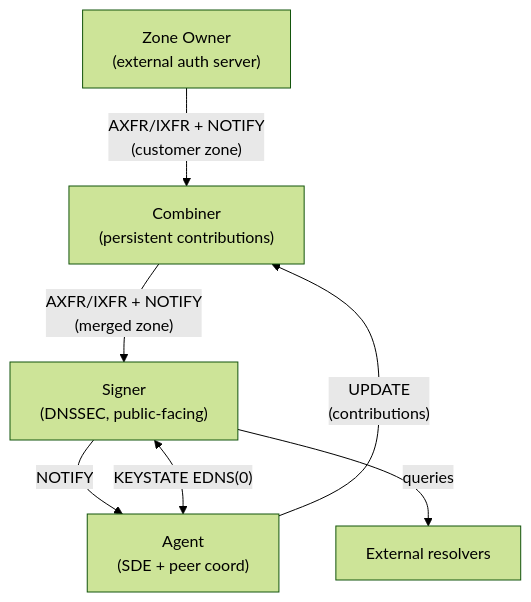
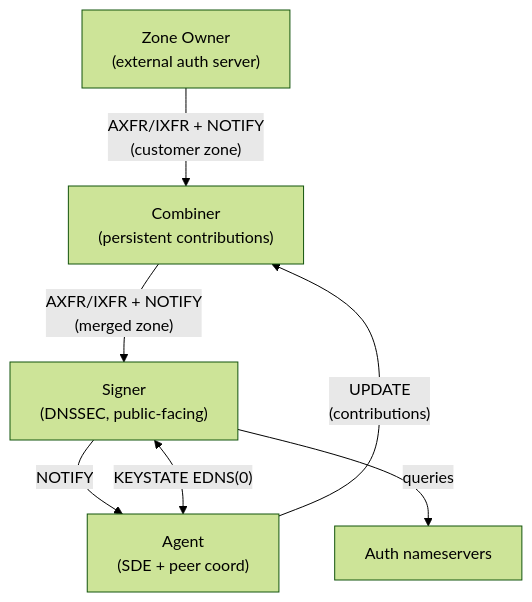
The first of 2 diagrams in guide/multi-provider-architecture.md (johanix/tdns-mp), drawn with Mermaid (forest theme) before and after one commit. The commit also changed 1 other file, not shown here.

Commit message:
guide: tweaks per review
- architecture diagram: "External resolvers" -> "Auth nameservers"
- mp-change-tracking-semantics: correct the DNSKEY-SYNC scenario
  (signer.alpha -> agent.alpha -> agent.echo) and reframe the
  non-forwarding reason: it is not about DNSKEY specifically,
  it is that a non-signer in a signed zone cannot make any
  edit at all (no way to produce valid RRSIGs). Same fix for
  the NS-SYNC sibling section.

````diff
--- a/guide/multi-provider-architecture.md
+++ b/guide/multi-provider-architecture.md
@@ -111,15 +111,15 @@
 ```mermaid
 flowchart TD
     ZO["Zone Owner<br/>(external auth server)"]
     CO["Combiner<br/>(persistent contributions)"]
     SI["Signer<br/>(DNSSEC, public-facing)"]
     AG["Agent<br/>(SDE + peer coord)"]
-    R["External resolvers"]
+    R["Auth nameservers"]
 
     ZO -- "AXFR/IXFR + NOTIFY<br/>(customer zone)" --> CO
     CO -- "AXFR/IXFR + NOTIFY<br/>(merged zone)" --> SI
     SI -- "NOTIFY" --> AG
     SI -- "queries" --> R
     AG -- "UPDATE<br/>(contributions)" --> CO
     SI <-- "KEYSTATE EDNS(0)" --> AG
 ```
````
